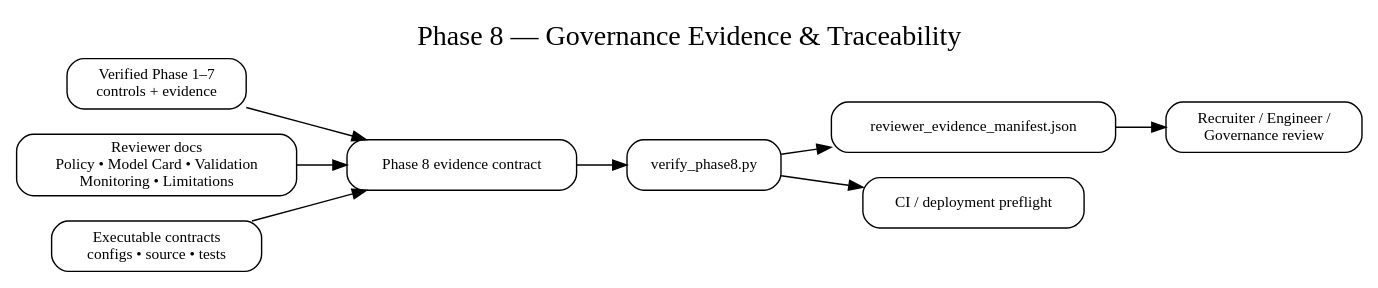
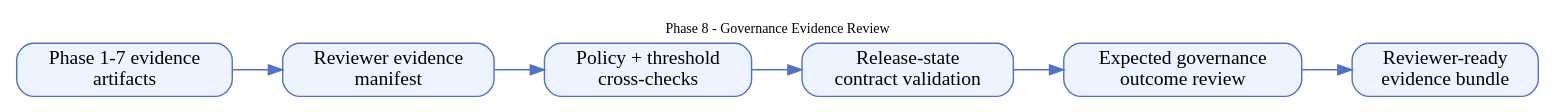
The diagram in docs/assets/diagrams/phase8-governance-evidence.dot (Parmodk2310/CreditScorev4-ML-Governance), drawn with Graphviz before and after one commit. The commit also changed 50 other files, not shown here.

Commit message:
docs: integrate complete Phase 1-13 architecture

```diff
--- a/docs/assets/diagrams/phase8-governance-evidence.dot
+++ b/docs/assets/diagrams/phase8-governance-evidence.dot
@@ -1,18 +1,19 @@
-digraph Phase8 {
-  graph [rankdir=LR, labelloc="t", label="Phase 8 — Governance Evidence & Traceability", fontsize=20];
-  node [shape=box, style="rounded", fontsize=11];
-  edge [fontsize=10];
-  legacy [label="Verified Phase 1–7\ncontrols + evidence"];
-  docs [label="Reviewer docs\nPolicy • Model Card • Validation\nMonitoring • Limitations"];
-  config [label="Executable contracts\nconfigs • source • tests"];
-  contract [label="Phase 8 evidence contract"];
-  verify [label="verify_phase8.py"];
-  manifest [label="reviewer_evidence_manifest.json"];
-  review [label="Recruiter / Engineer /\nGovernance review"];
-  ci [label="CI / deployment preflight"];
-  legacy -> contract;
-  docs -> contract;
-  config -> contract;
-  contract -> verify -> manifest -> review;
-  verify -> ci;
+digraph G {
+  rankdir=LR;
+  graph [fontsize=10, labelloc=t, label="Phase 8 - Governance Evidence Review"];
+  node [shape=box, style="rounded,filled", fillcolor="#eef4ff", color="#5472c2"];
+  edge [color="#5472c2"];
+  A [label="Phase 1-7 evidence
+artifacts"];
+  B [label="Reviewer evidence
+manifest"];
+  C [label="Policy + threshold
+cross-checks"];
+  D [label="Release-state
+contract validation"];
+  E [label="Expected governance
+outcome review"];
+  F [label="Reviewer-ready
+evidence bundle"];
+  A -> B -> C -> D -> E -> F;
 }
```
